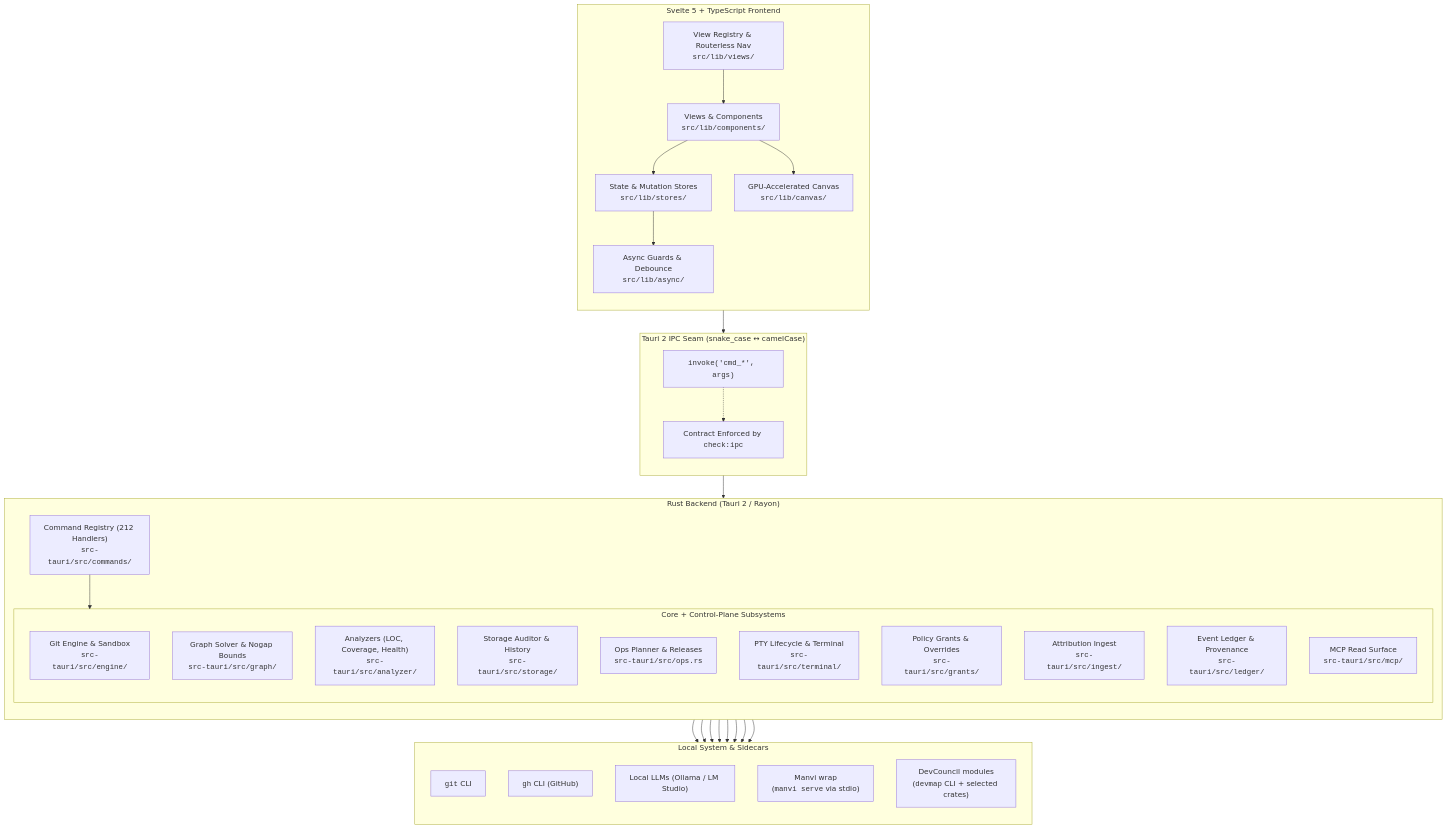
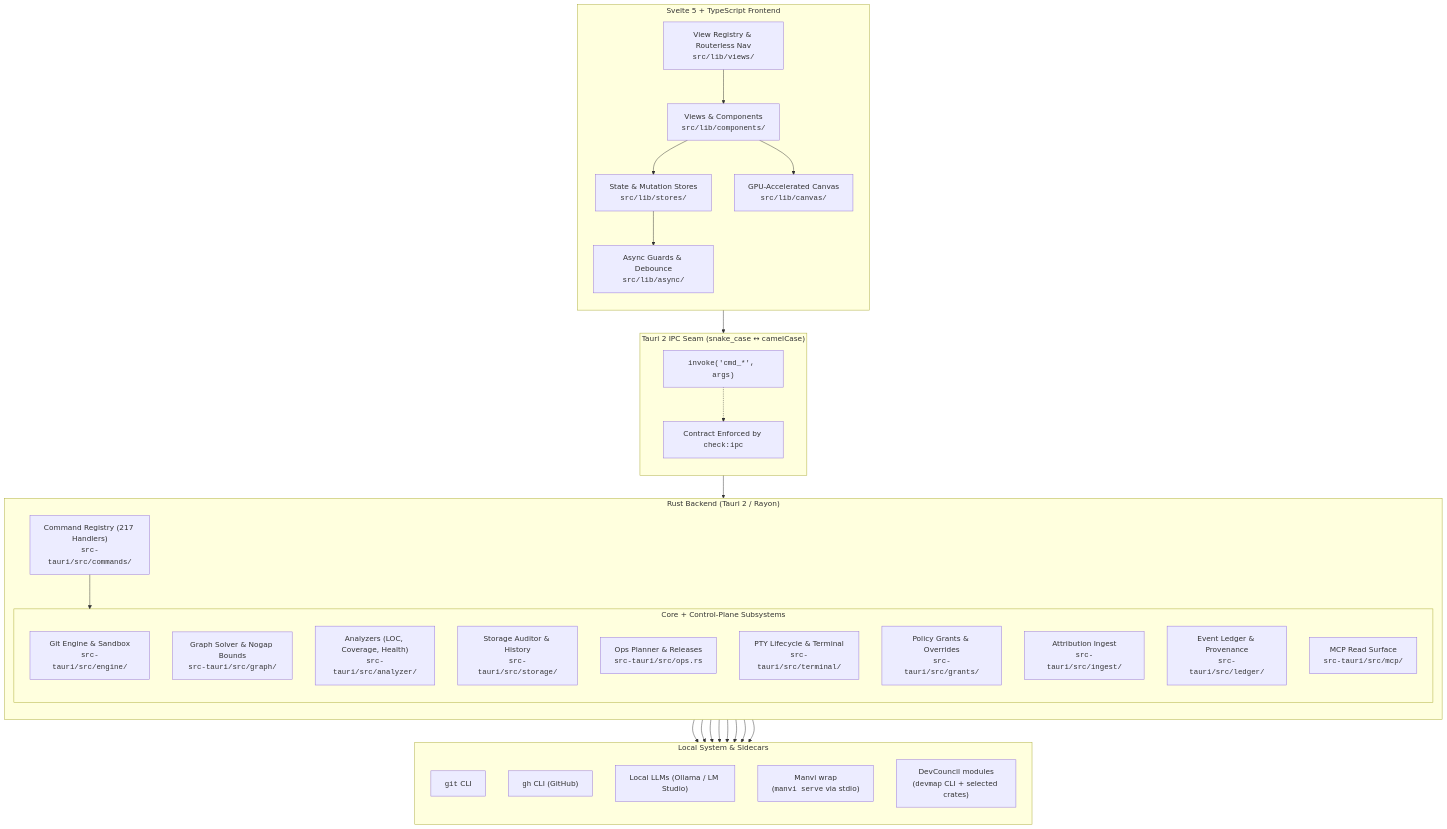
Before and after one commit to bharathvbcr/GitPulse: the first of 4 diagrams in docs/ARCHITECTURE.md, drawn with Mermaid. The commit also changed other lines of this file and 44 other files, not shown here.

````diff
--- a/docs/ARCHITECTURE.md
+++ b/docs/ARCHITECTURE.md
@@ -13,63 +13,63 @@
 ```mermaid
 flowchart TB
     subgraph Frontend["Svelte 5 + TypeScript Frontend"]
         direction TB
         UI["Views & Components<br/><code>src/lib/components/</code>"]
         Stores["State & Mutation Stores<br/><code>src/lib/stores/</code>"]
         Registry["View Registry & Routerless Nav<br/><code>src/lib/views/</code>"]
         Canvas["GPU-Accelerated Canvas<br/><code>src/lib/canvas/</code>"]
         Async["Async Guards & Debounce<br/><code>src/lib/async/</code>"]
         
         UI --> Stores
         UI --> Canvas
         Stores --> Async
         Registry --> UI
     end
 
     subgraph IPC["Tauri 2 IPC Seam (snake_case ↔ camelCase)"]
         direction TB
         Invoke["<code>invoke('cmd_*', args)</code>"]
         ContractCheck["Contract Enforced by <code>check:ipc</code>"]
         Invoke -.-> ContractCheck
     end
 
     subgraph Backend["Rust Backend (Tauri 2 / Rayon)"]
         direction TB
-        CmdRegistry["Command Registry (212 Handlers)<br/><code>src-tauri/src/commands/</code>"]
+        CmdRegistry["Command Registry (217 Handlers)<br/><code>src-tauri/src/commands/</code>"]
         
         subgraph Subsystems["Core + Control-Plane Subsystems"]
             GitEngine["Git Engine & Sandbox<br/><code>src-tauri/src/engine/</code>"]
             GraphSolver["Graph Solver & Nogap Bounds<br/><code>src-tauri/src/graph/</code>"]
             Analyzers["Analyzers (LOC, Coverage, Health)<br/><code>src-tauri/src/analyzer/</code>"]
             StorageAuditor["Storage Auditor & History<br/><code>src-tauri/src/storage/</code>"]
             OpsPlanner["Ops Planner & Releases<br/><code>src-tauri/src/ops.rs</code>"]
             PtyTerminal["PTY Lifecycle & Terminal<br/><code>src-tauri/src/terminal/</code>"]
             Grants["Policy Grants & Overrides<br/><code>src-tauri/src/grants/</code>"]
             Ingest["Attribution Ingest<br/><code>src-tauri/src/ingest/</code>"]
             Ledger["Event Ledger & Provenance<br/><code>src-tauri/src/ledger/</code>"]
             MCP["MCP Read Surface<br/><code>src-tauri/src/mcp/</code>"]
         end
         
         CmdRegistry --> Subsystems
     end
 
     subgraph External["Local System & Sidecars"]
         direction TB
         LocalGit["<code>git</code> CLI"]
         LocalGh["<code>gh</code> CLI (GitHub)"]
         LocalLLM["Local LLMs (Ollama / LM Studio)"]
         ManviSidecar["Manvi wrap<br/>(<code>manvi serve</code> via stdio)"]
         DevCouncilMods["DevCouncil modules<br/>(<code>devmap</code> CLI + selected crates)"]
     end
 
     Async --> Invoke
     Invoke --> CmdRegistry
     GitEngine --> LocalGit
     Analyzers --> LocalGit
     Analyzers --> LocalGh
     Analyzers --> LocalLLM
     OpsPlanner --> LocalGh
     OpsPlanner --> ManviSidecar
     Subsystems --> ManviSidecar
     Subsystems --> DevCouncilMods
 ```
````
